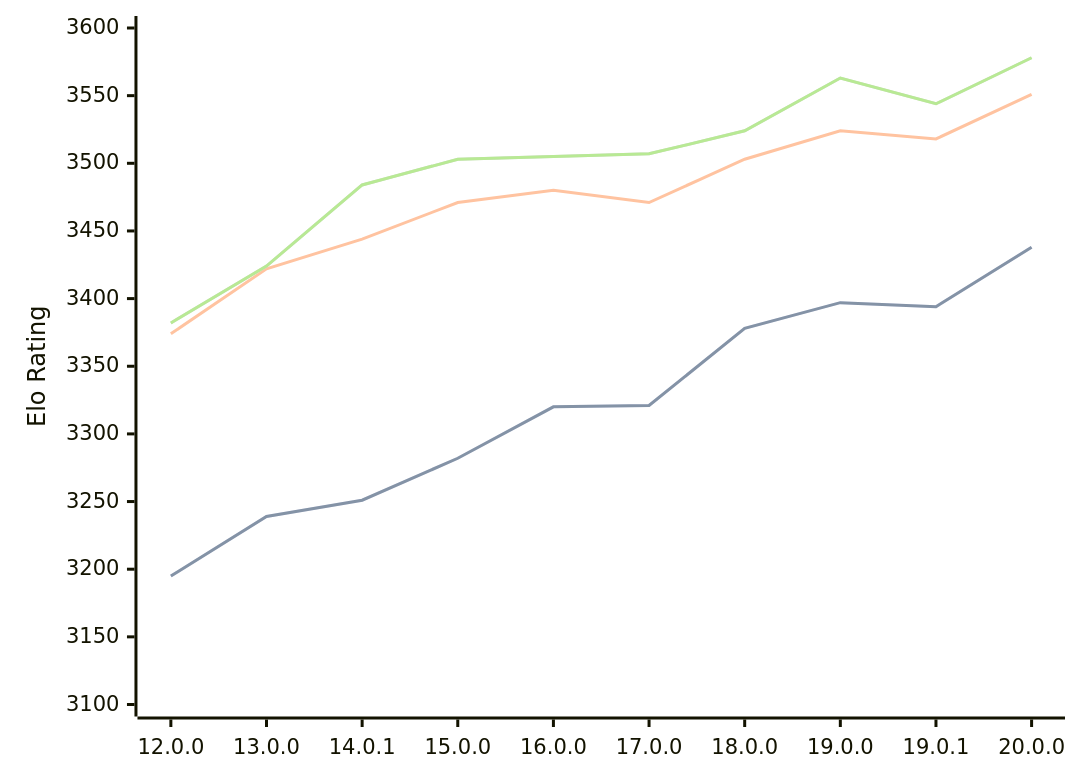
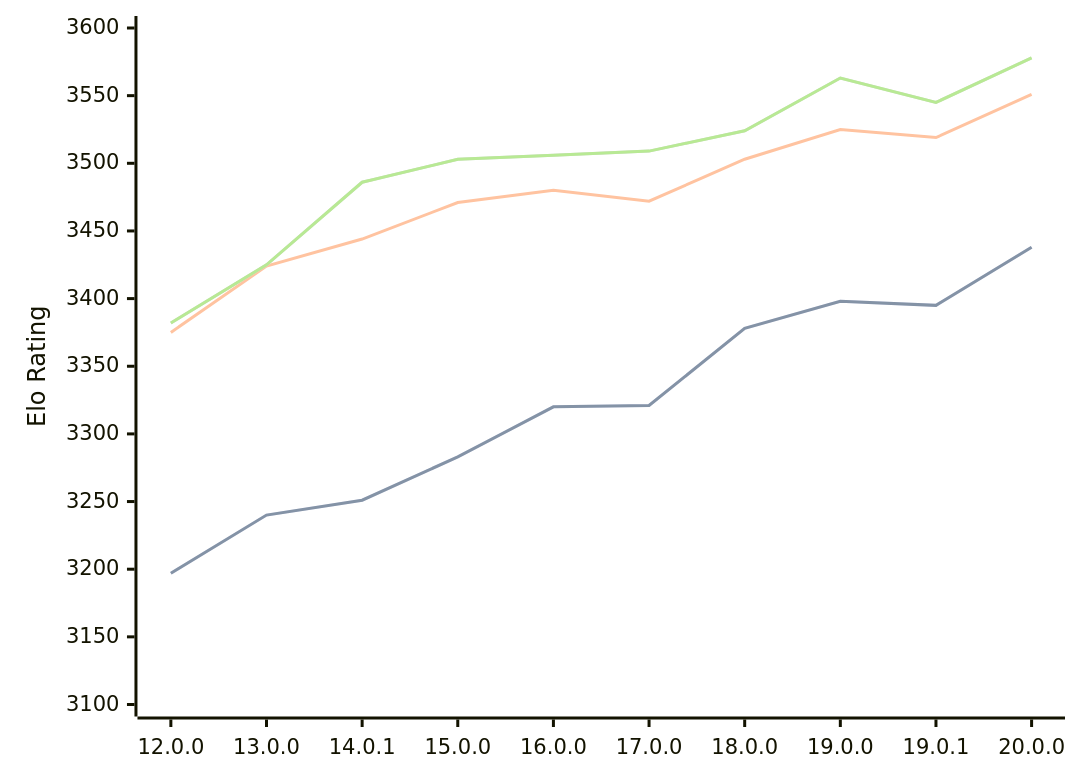
Before and after one commit to computer-chess-index/cci: the diagram in engines/Viridithas.md, drawn with Mermaid. The commit also changed other lines of this file, not shown here.

Commit message:
Update CCI Ratings (ELO VLTC) - 2026-07-31

````diff
--- a/engines/Viridithas.md
+++ b/engines/Viridithas.md
@@ -64,11 +64,11 @@
 ```mermaid
 %%{init: {"theme":"base","themeVariables":{"seriesColors:['#a3a3a3','#222221','#faa371']}}}%%
 xychart-beta
   x-axis ["12.0.0", "13.0.0", "14.0.1", "15.0.0", "16.0.0", "17.0.0", "18.0.0", "19.0.0", "19.0.1", "20.0.0"]
   y-axis "Elo Rating" 3100 --> 3600
-  line "STC (8.0+0.08s)" [3195, 3239, 3251, 3282, 3320, 3321, 3378, 3397, 3394, 3438]
-  line "STC (8.0+0.08s)" [3195, 3239, 3251, 3282, 3320, 3321, 3378, 3397, 3394, 3438]
-  line "LTC (60.0+0.60s)" [3374, 3422, 3444, 3471, 3480, 3471, 3503, 3524, 3518, 3551]
-  line "VLTC (2m24s+1.12s)" [3382, 3424, 3484, 3503, 3505, 3507, 3524, 3563, 3544, 3578]
-  line "VLTC (2m24s+1.12s)" [3382, 3424, 3484, 3503, 3505, 3507, 3524, 3563, 3544, 3578]
+  line "STC (8.0+0.08s)" [3197, 3240, 3251, 3283, 3320, 3321, 3378, 3398, 3395, 3438]
+  line "STC (8.0+0.08s)" [3197, 3240, 3251, 3283, 3320, 3321, 3378, 3398, 3395, 3438]
+  line "LTC (60.0+0.60s)" [3375, 3424, 3444, 3471, 3480, 3472, 3503, 3525, 3519, 3551]
+  line "VLTC (2m24s+1.12s)" [3382, 3425, 3486, 3503, 3506, 3509, 3524, 3563, 3545, 3578]
+  line "VLTC (2m24s+1.12s)" [3382, 3425, 3486, 3503, 3506, 3509, 3524, 3563, 3545, 3578]
 ```
````
